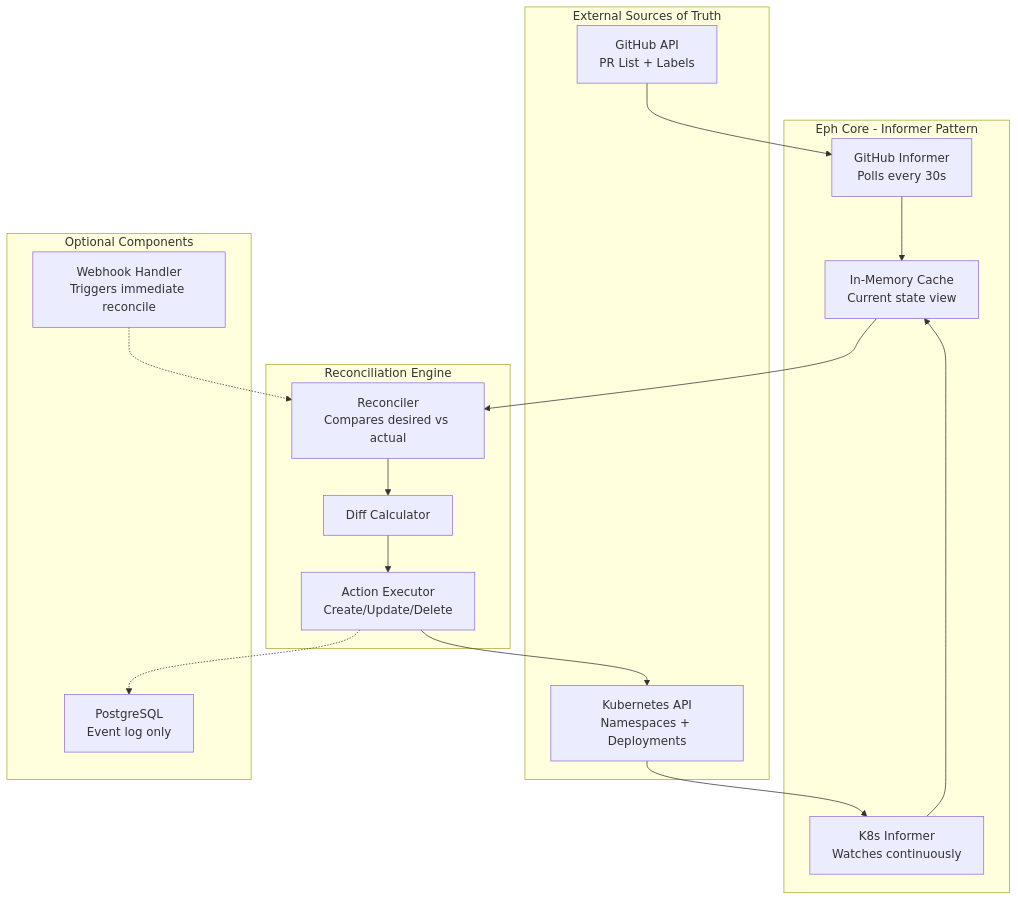
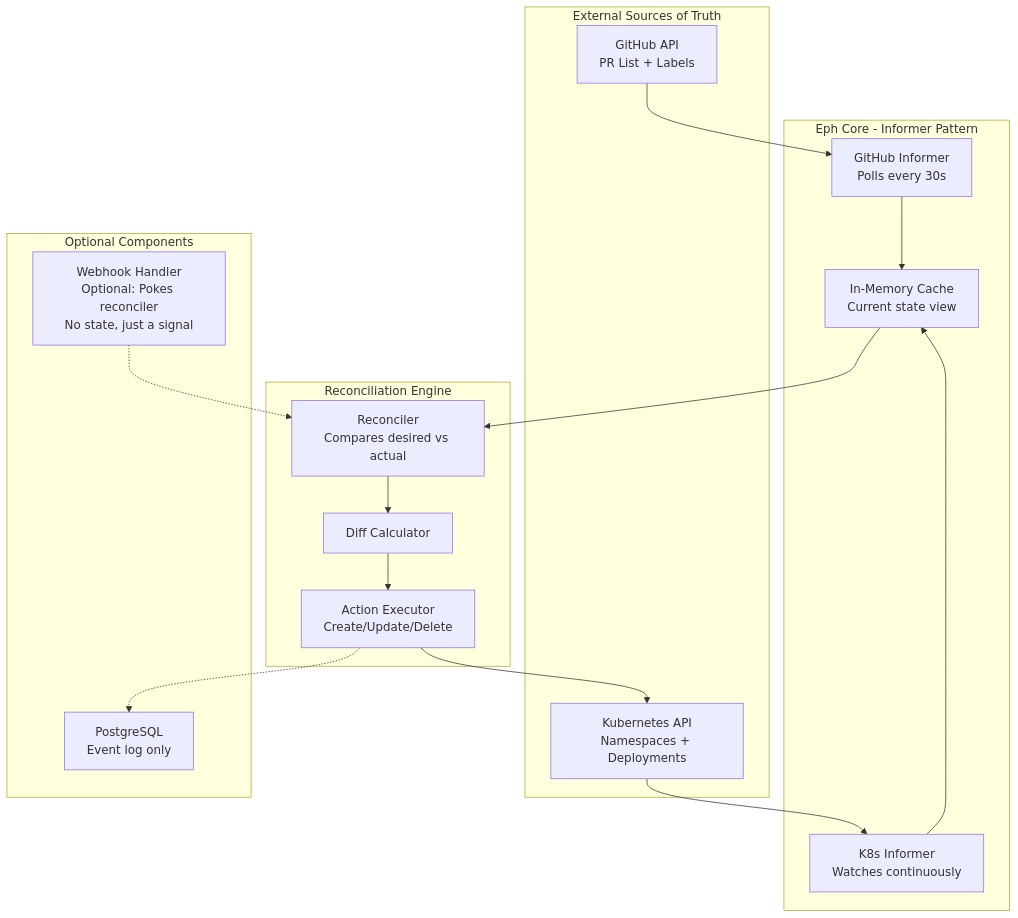
The second of 4 diagrams in docs/architecture-plan.md (ephlabs/eph), drawn with Mermaid before and after one commit. The commit also changed other lines of this file and 1 other file, not shown here.

First line of the commit message:
docs: clarify reconciliation-first architecture

````diff
--- a/docs/architecture-plan.md
+++ b/docs/architecture-plan.md
@@ -327,35 +341,35 @@
 ```mermaid
 graph TB
     subgraph "External Sources of Truth"
         GitHub[GitHub API<br/>PR List + Labels]
         K8s[Kubernetes API<br/>Namespaces + Deployments]
     end
 
     subgraph "Eph Core - Informer Pattern"
         GHInformer[GitHub Informer<br/>Polls every 30s]
         K8sInformer[K8s Informer<br/>Watches continuously]
         Cache[In-Memory Cache<br/>Current state view]
     end
 
     subgraph "Reconciliation Engine"
         Reconciler[Reconciler<br/>Compares desired vs actual]
         Diff[Diff Calculator]
         Actions[Action Executor<br/>Create/Update/Delete]
     end
 
     subgraph "Optional Components"
-        Webhooks[Webhook Handler<br/>Triggers immediate reconcile]
+        Webhooks[Webhook Handler<br/>Optional: Pokes reconciler<br/>No state, just a signal]
         EventLog[PostgreSQL<br/>Event log only]
     end
 
     GitHub --> GHInformer
     K8s --> K8sInformer
     GHInformer --> Cache
     K8sInformer --> Cache
     Cache --> Reconciler
     Reconciler --> Diff
     Diff --> Actions
     Actions --> K8s
     Actions -.-> EventLog
     Webhooks -.-> Reconciler
 ```
````
